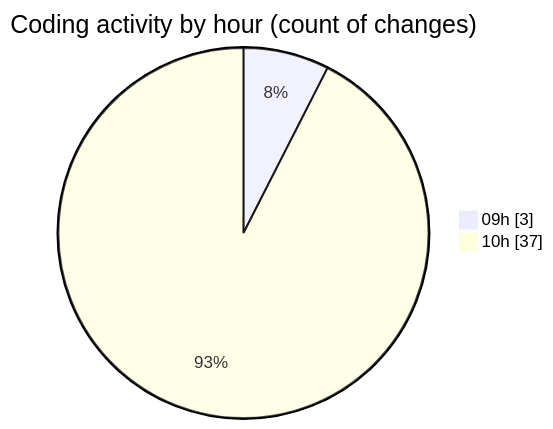
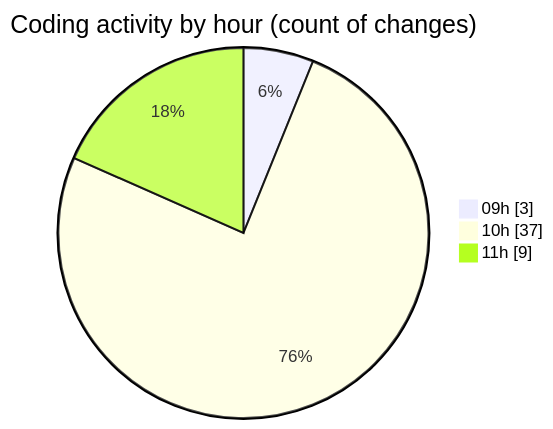
Before and after one commit to CELIANVF/code-tracking: the second of 2 diagrams in 2025-05-02/ecodeli/README.md, drawn with Mermaid. The commit also changed other lines of this file and 1 other file, not shown here.

````diff
--- a/2025-05-02/ecodeli/README.md
+++ b/2025-05-02/ecodeli/README.md
@@ -50,6 +52,7 @@
 ```mermaid
 pie showData
 title Coding activity by hour (count of changes)
 "09h" : 3
 "10h" : 37
+"11h" : 9
 ```
````
